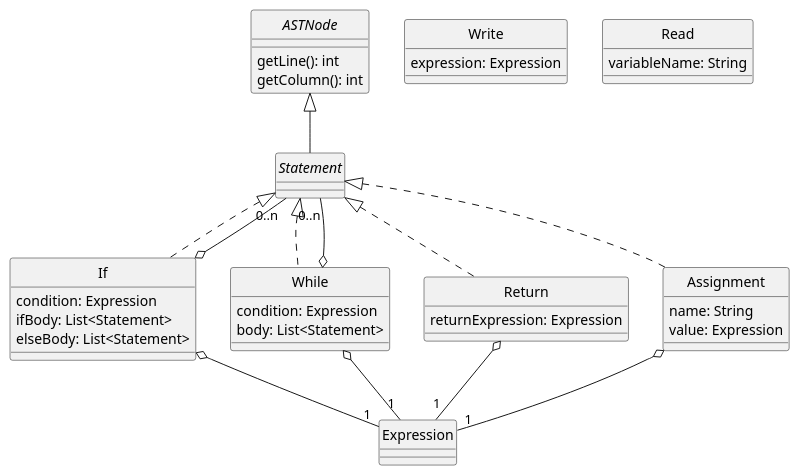
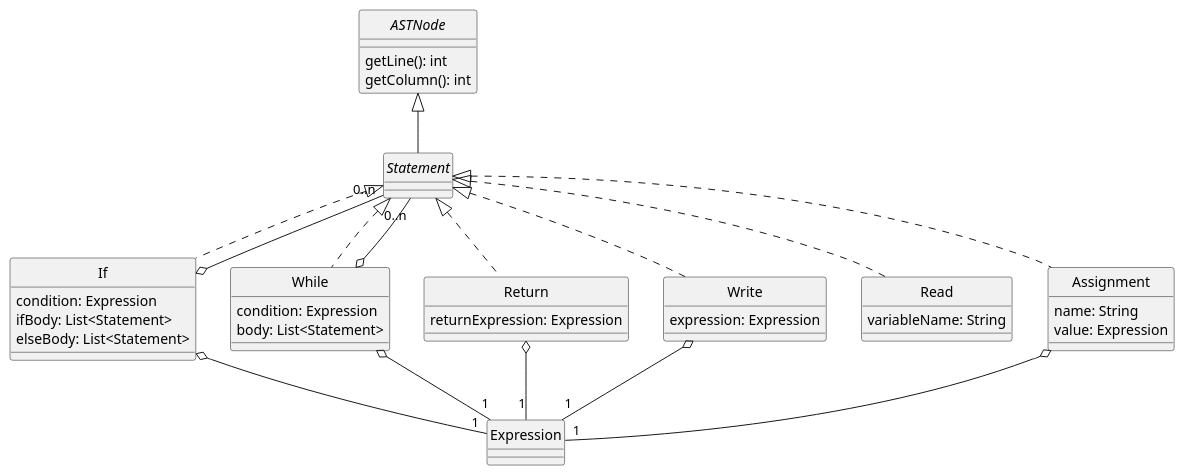
The diagram in docs/diagrams/statements.plantuml (DavidGonzalezFernandez/dlp-compiler), drawn with PlantUML before and after one commit.

Commit message:
Actualizo UML statements

```diff
--- a/docs/diagrams/statements.plantuml
+++ b/docs/diagrams/statements.plantuml
@@ -1,68 +1,64 @@
 @startuml Statements
 skinparam style strictuml
 skinparam monochrome true
-
 
 interface ASTNode {
     getLine(): int
     getColumn(): int
 }
 
 interface Statement
+ASTNode <|-- Statement
 
 /'
 Una sentencia condicional se define usando la palabra clave if seguida de una condición.
 El cuerpo de dicha sentencia estará comprendido entre do y end.
 Se podrá usar la palabra clave else.
 '/
 class If {
     condition: Expression
     ifBody: List<Statement>
     elseBody: List<Statement>   /'puede no haber else, la lista estaría vacía'/
 }
+Statement <|.. If
+If o-- "1" Expression
+If o-- "0..n" Statement
 
 class While {
     condition: Expression
     body: List<Statement>
 }
+Statement <|.. While
+While o-- "1" Expression
+While o-- "0..n" Statement
 
 ' El return debe estar seguido obligatoriamente de una expresión
 class Return {
-    returnExpression: Expression    /''/
+    returnExpression: Expression    /'qué '/
 }
+Statement <|.. Return
+Return o-- "1" Expression
 
-/'
-"Una escritura se compone por la palabra reservada puts y una lista de expresiones separadas por comas"
+/' "Una escritura se compone por la palabra reservada puts y una lista de expresiones separadas por comas"
     Write no tiene una lista de Expression, se genera un Write para cada Expression
 '/
 class Write {
     expression: Expression
 }
+Statement <|.. Write
+Write o-- "1" Expression
 
 class Read {
     variableName: String
 }
+Statement <|.. Read
 
 ' Una asignación está compuesta por dos expresiones separadas por el operador =.
-' TODO: la parte derecha no es una expresión, ¿no?
 class Assignment {
     name: String
     value: Expression
 }
-
-ASTNode <|-- Statement
-Statement <|.. If
-Statement <|.. While
-Statement <|.. Return
 Statement <|.. Assignment
-
-If o-- "1" Expression
-While o-- "1" Expression
-Return o-- "1" Expression
 Assignment o-- "1" Expression
 
-If o-- "0..n" Statement
-While o-- "0..n" Statement
-
-
 @enduml
```
